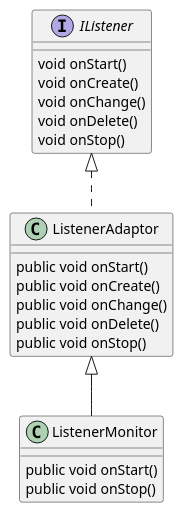
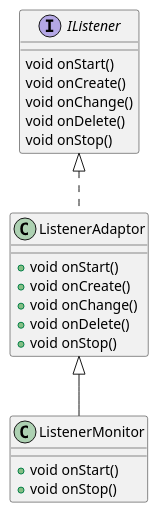
One commit to Carlos-Messi-Gold-Ye/DesignModel changed the diagram in src/main/java/com/design/model/adapter/adapter-base.puml. Above: the diagram before and after it, drawn with PlantUML. The commit also changed 2 other files, not shown here.

```diff
--- a/src/main/java/com/design/model/adapter/adapter-base.puml
+++ b/src/main/java/com/design/model/adapter/adapter-base.puml
@@ -1,25 +1,25 @@
 @startuml
 
 interface IListener {
 
     void onStart()
     void onCreate()
     void onChange()
     void onDelete()
     void onStop()
 }
 
 class ListenerAdaptor implements IListener{
-    public void onStart()
-    public void onCreate()
-    public void onChange()
-    public void onDelete()
-    public void onStop()
+    + void onStart()
+    + void onCreate()
+    + void onChange()
+    + void onDelete()
+    + void onStop()
 }
 
 class ListenerMonitor extends ListenerAdaptor{
-    public void onStart()
-    public void onStop()
+    + void onStart()
+    + void onStop()
 }
 
 @enduml
```
